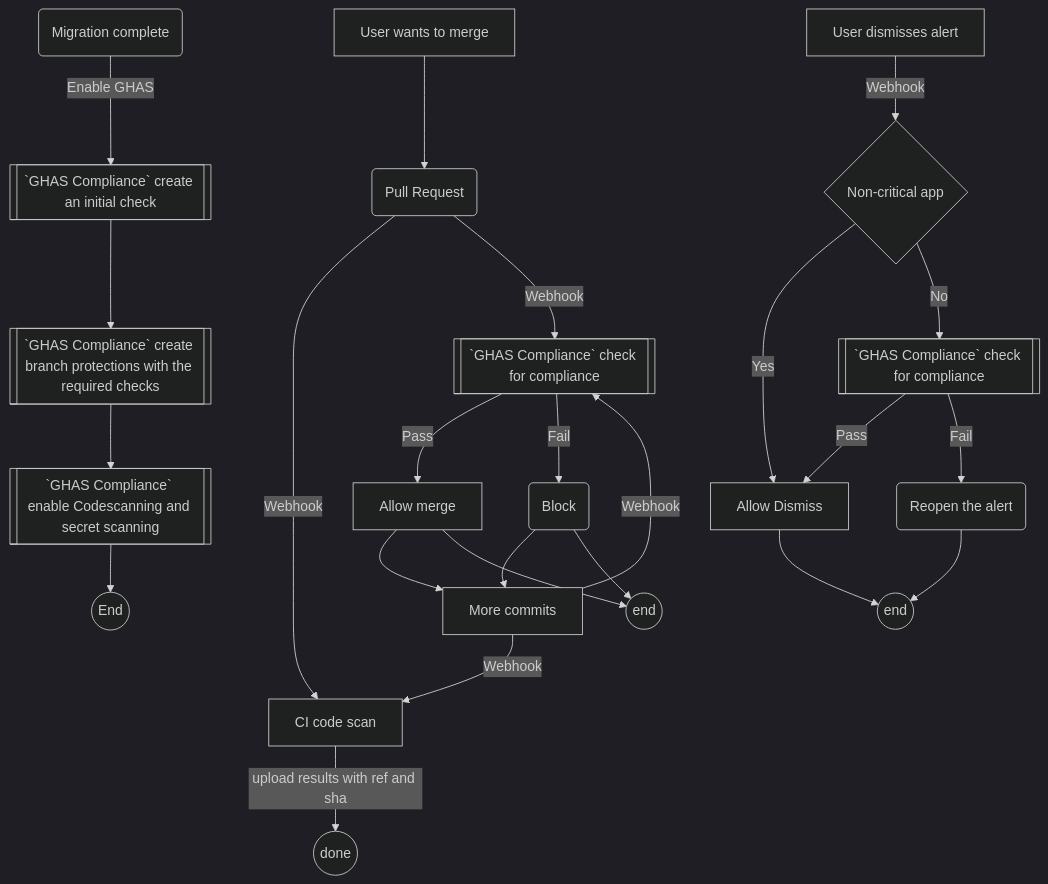
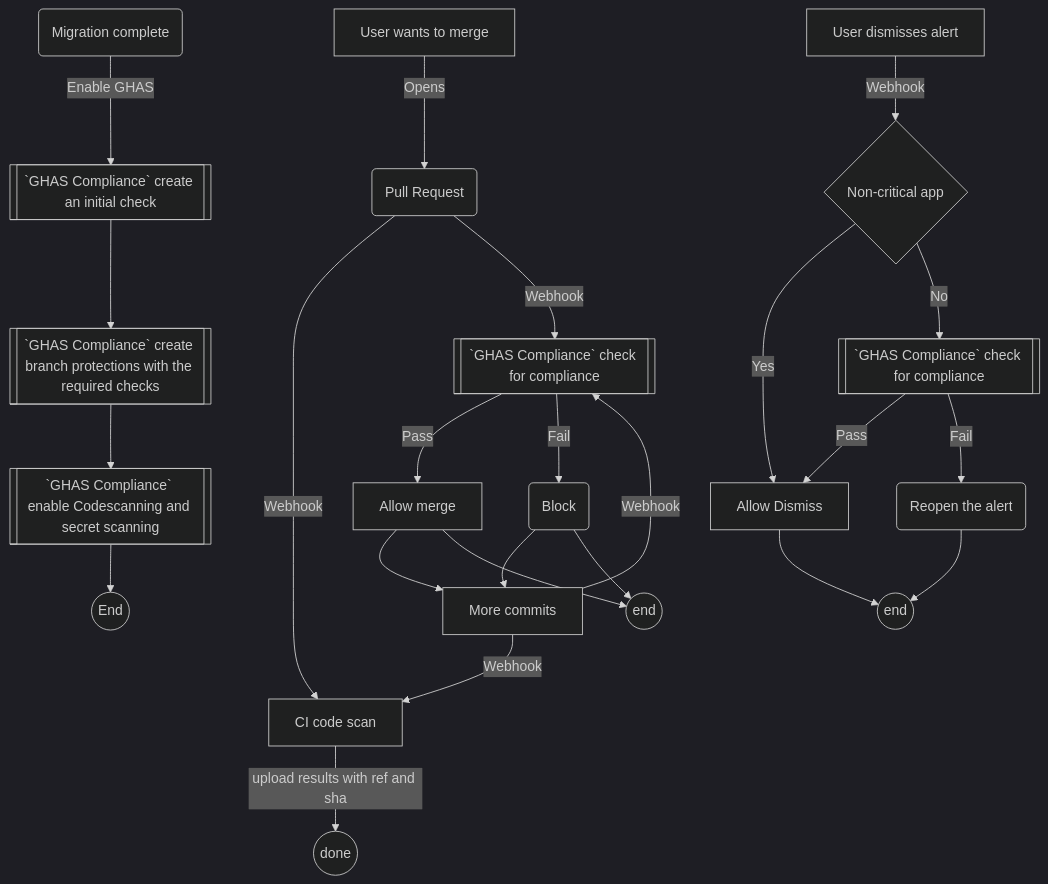
The diagram in README.md (decyjphr-org/ghas-compliance), drawn with Mermaid (dark theme) before and after one commit.

````diff
--- a/README.md
+++ b/README.md
@@ -8,28 +8,28 @@
 ```mermaid
 graph TD
     A(Migration complete) -->|Enable GHAS | B[[`GHAS Compliance` create an initial check]]
     B --> C[[`GHAS Compliance` create branch protections with the required checks]]
     C --> D[[`GHAS Compliance` enable Codescanning and secret scanning]]
     D --> E((End))
 
-    PR1[User wants to merge] --> PR2(Pull Request)
+    PR1[User wants to merge] --> |Opens|PR2(Pull Request)
     PR2 -->|Webhook| PR3[CI code scan]
     PR3 -->|upload results with ref and sha| PR4((done))
     PR11[More commits] -->|Webhook| PR3
     PR2 -->|Webhook| PR5[[`GHAS Compliance` check for compliance]]
     PR11 -->|Webhook| PR5
     PR5 -->|Pass| PR8[Allow merge]
     PR8 --> PR11
     PR5 -->|Fail| PR6(Block)
     PR6 --> PR11
     PR8 --> PR7((end))
     PR6 --> PR7
 
     DPR1[User dismisses alert] -->|Webhook| DPR2{Non-critical app}
     DPR2 -->|Yes| DPR8[Allow Dismiss]
     DPR2 -->|No| DPR4[[`GHAS Compliance` check for compliance]]
     DPR4 -->|Pass| DPR8
     DPR4 -->|Fail| DPR5(Reopen the alert)
     DPR8 --> DPR6((end))
     DPR5 --> DPR6
 ```
````
